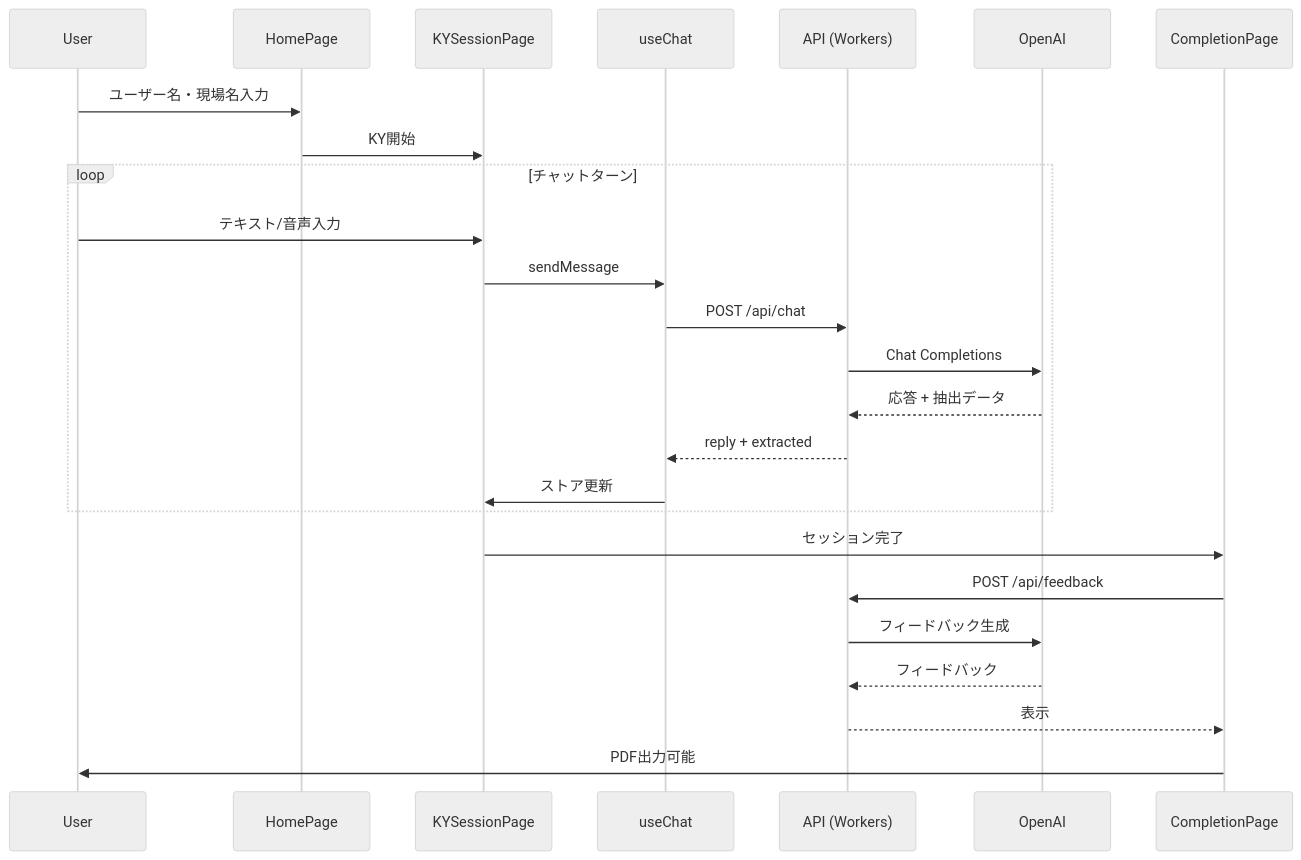
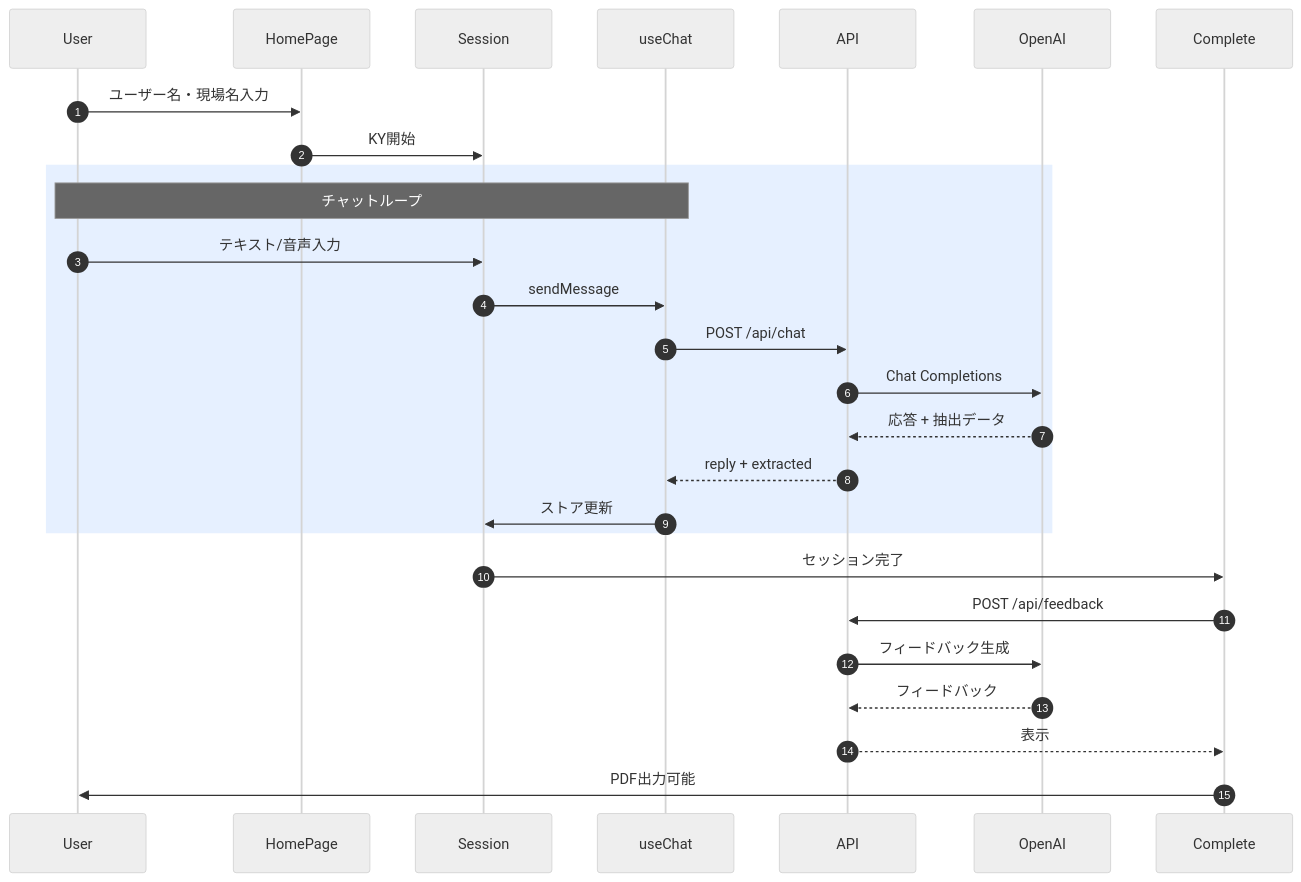
The seventh of 9 diagrams in docs/v2フォルダ詳細レポート.md (Ibar-Aki/solar-aldrin), drawn with Mermaid (neutral theme) before and after one commit. The commit also changed other lines of this file, not shown here.

Commit message:
docs: Update v2 folder report with detailed structure and diagrams (no emojis)

````diff
--- a/docs/v2フォルダ詳細レポート.md
+++ b/docs/v2フォルダ詳細レポート.md
@@ -315,30 +328,32 @@
 ```mermaid
 sequenceDiagram
+    autonumber
     participant User
     participant HomePage
-    participant KYSessionPage
+    participant Session
     participant useChat
-    participant API (Workers)
+    participant API
     participant OpenAI
-    participant CompletionPage
+    participant Complete
 
     User->>HomePage: ユーザー名・現場名入力
-    HomePage->>KYSessionPage: KY開始
+    HomePage->>Session: KY開始
     
-    loop チャットターン
-        User->>KYSessionPage: テキスト/音声入力
-        KYSessionPage->>useChat: sendMessage
-        useChat->>API (Workers): POST /api/chat
-        API (Workers)->>OpenAI: Chat Completions
-        OpenAI-->>API (Workers): 応答 + 抽出データ
-        API (Workers)-->>useChat: reply + extracted
-        useChat->>KYSessionPage: ストア更新
+    rect rgb(230, 240, 255)
+        Note over User, useChat: チャットループ
+        User->>Session: テキスト/音声入力
+        Session->>useChat: sendMessage
+        useChat->>API: POST /api/chat
+        API->>OpenAI: Chat Completions
+        OpenAI-->>API: 応答 + 抽出データ
+        API-->>useChat: reply + extracted
+        useChat->>Session: ストア更新
     end
 
-    KYSessionPage->>CompletionPage: セッション完了
-    CompletionPage->>API (Workers): POST /api/feedback
-    API (Workers)->>OpenAI: フィードバック生成
-    OpenAI-->>API (Workers): フィードバック
-    API (Workers)-->>CompletionPage: 表示
-    CompletionPage->>User: PDF出力可能
+    Session->>Complete: セッション完了
+    Complete->>API: POST /api/feedback
+    API->>OpenAI: フィードバック生成
+    OpenAI-->>API: フィードバック
+    API-->>Complete: 表示
+    Complete->>User: PDF出力可能
 ```
````
